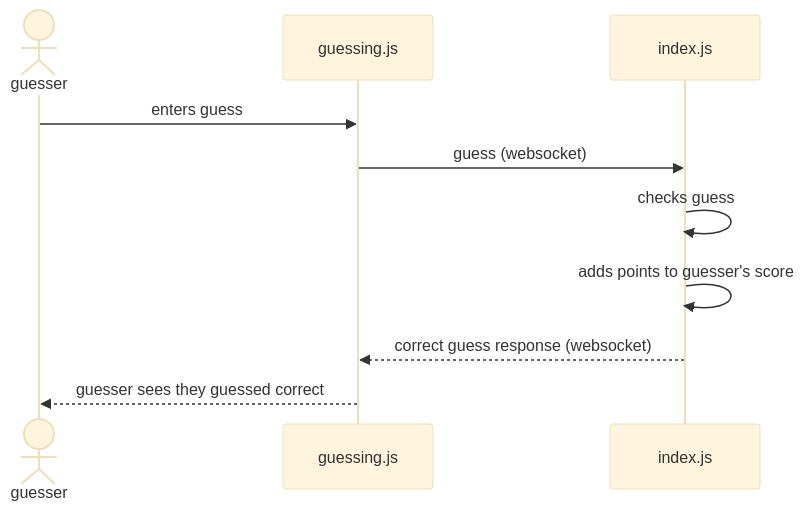
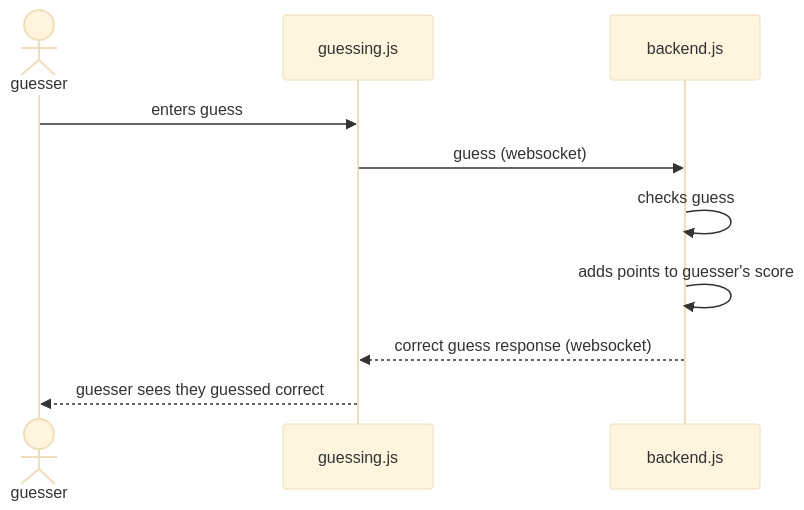
Diagram 12 of 13 in documentation/docs/system-architecture/design.md (Capstone-Projects-2025-Spring/project-aac-game-team-a), drawn with Mermaid (base theme) before and after one commit. The commit also changed other lines of this file, not shown here.

Commit message:
added necessary return arrows and explained diagram steps

````diff
--- a/documentation/docs/system-architecture/design.md
+++ b/documentation/docs/system-architecture/design.md
@@ -283,13 +289,13 @@
 ```mermaid
 sequenceDiagram
 actor guesser
 participant guessing.js
 
 guesser ->> guessing.js: enters guess
-guessing.js ->> index.js: guess (websocket)
-index.js ->> index.js: checks guess
-index.js ->> index.js: adds points to guesser's score
-index.js -->> guessing.js: correct guess response (websocket)
+guessing.js ->> backend.js: guess (websocket)
+backend.js ->> backend.js: checks guess
+backend.js ->> backend.js: adds points to guesser's score
+backend.js -->> guessing.js: correct guess response (websocket)
 guessing.js -->> guesser: guesser sees they guessed correct
 
 ```
````
